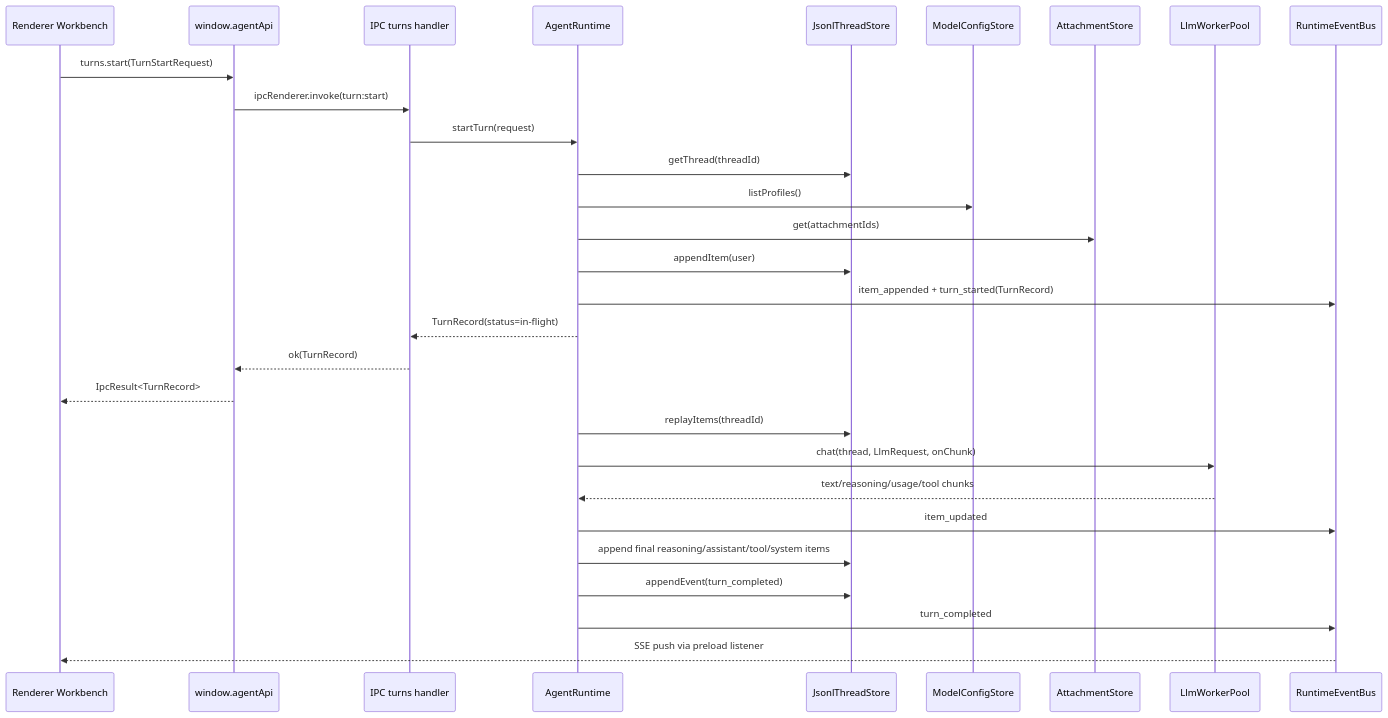
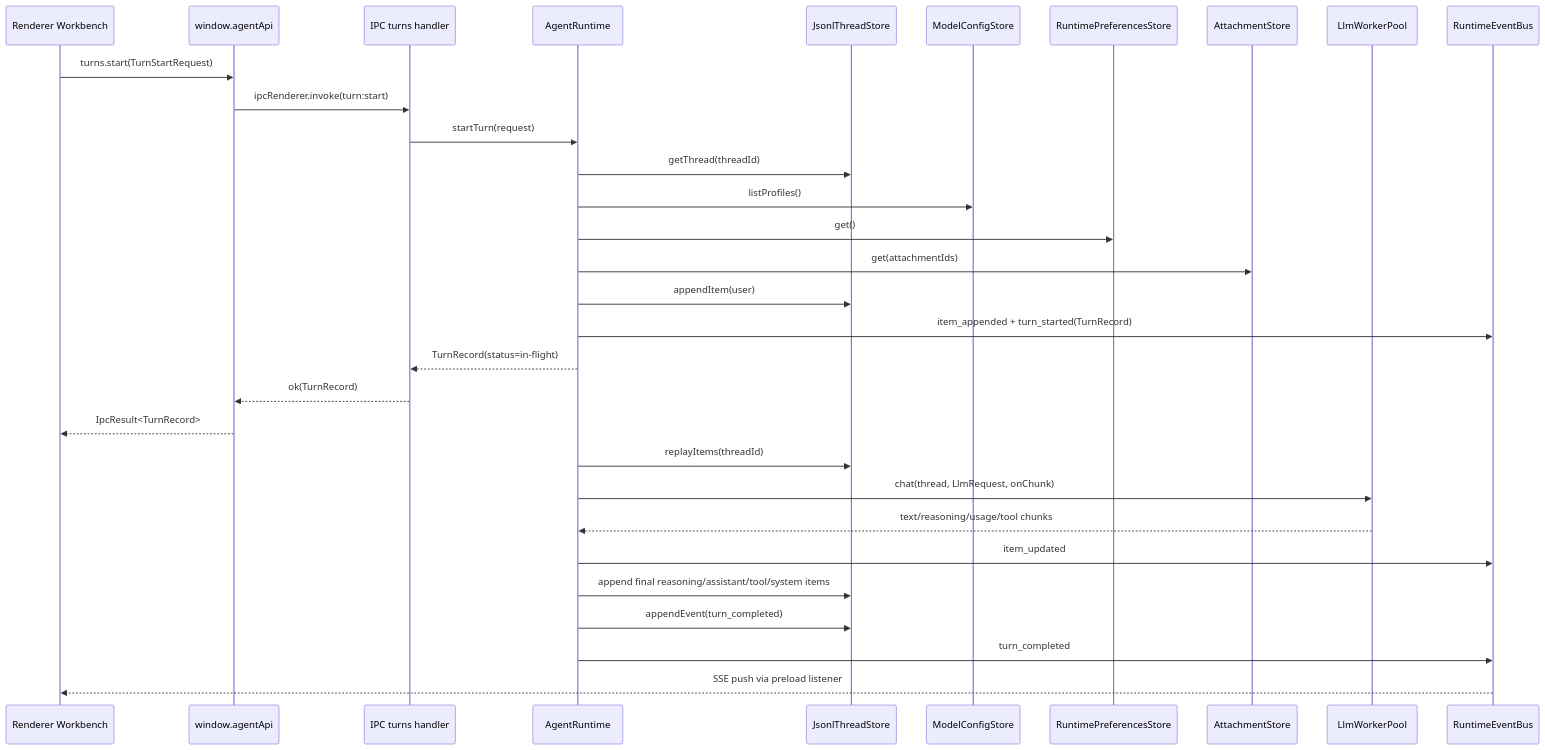
Before and after one commit to dp-sudo/agent-pyramid-desktop: the fourth of 9 diagrams in docs/architecture.md, drawn with Mermaid. The commit also changed other lines of this file and 53 other files, not shown here.

````diff
--- a/docs/architecture.md
+++ b/docs/architecture.md
@@ -168,32 +170,34 @@
 ```mermaid
 sequenceDiagram
   participant R as Renderer Workbench
   participant P as window.agentApi
   participant M as IPC turns handler
   participant A as AgentRuntime
   participant S as JsonlThreadStore
   participant C as ModelConfigStore
+  participant Prefs as RuntimePreferencesStore
   participant Att as AttachmentStore
   participant W as LlmWorkerPool
   participant Bus as RuntimeEventBus
 
   R->>P: turns.start(TurnStartRequest)
   P->>M: ipcRenderer.invoke(turn:start)
   M->>A: startTurn(request)
   A->>S: getThread(threadId)
   A->>C: listProfiles()
+  A->>Prefs: get()
   A->>Att: get(attachmentIds)
   A->>S: appendItem(user)
   A->>Bus: item_appended + turn_started(TurnRecord)
   A-->>M: TurnRecord(status=in-flight)
   M-->>P: ok(TurnRecord)
   P-->>R: IpcResult<TurnRecord>
   A->>S: replayItems(threadId)
   A->>W: chat(thread, LlmRequest, onChunk)
   W-->>A: text/reasoning/usage/tool chunks
   A->>Bus: item_updated
   A->>S: append final reasoning/assistant/tool/system items
   A->>S: appendEvent(turn_completed)
   A->>Bus: turn_completed
   Bus-->>R: SSE push via preload listener
 ```
````
